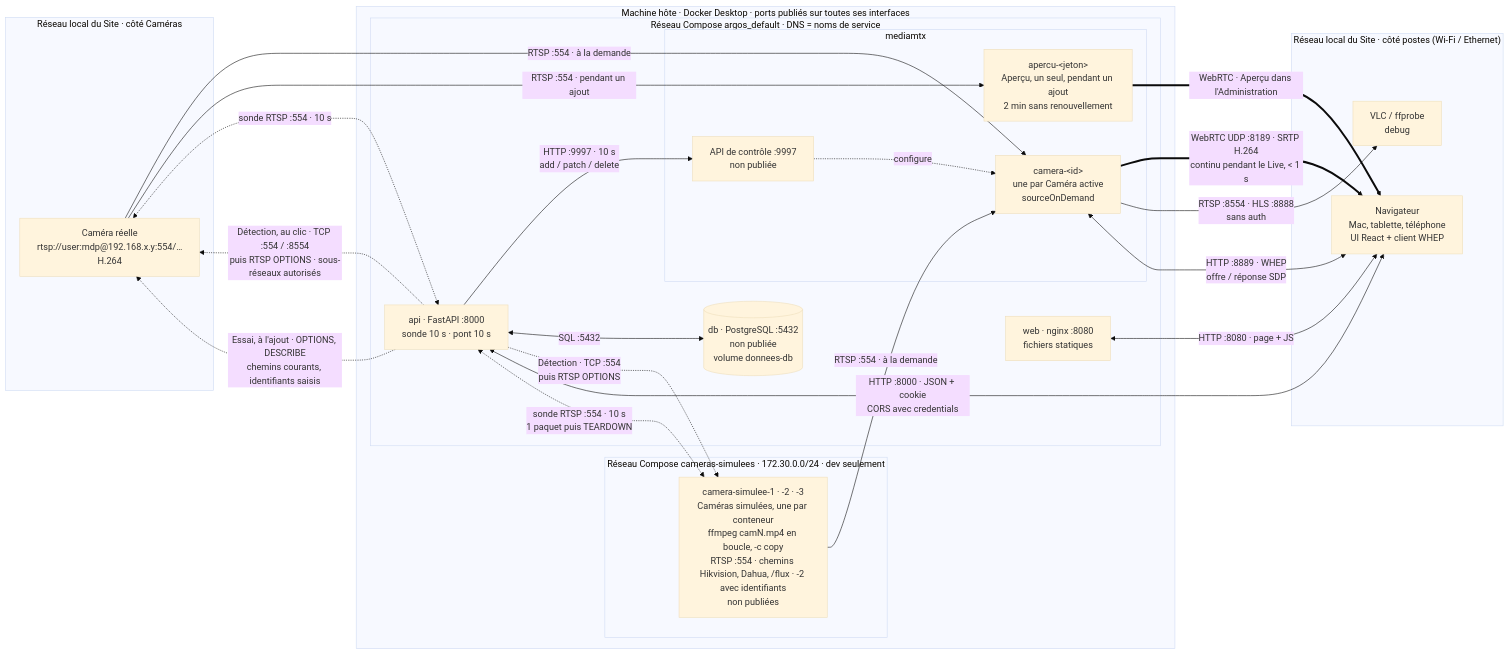
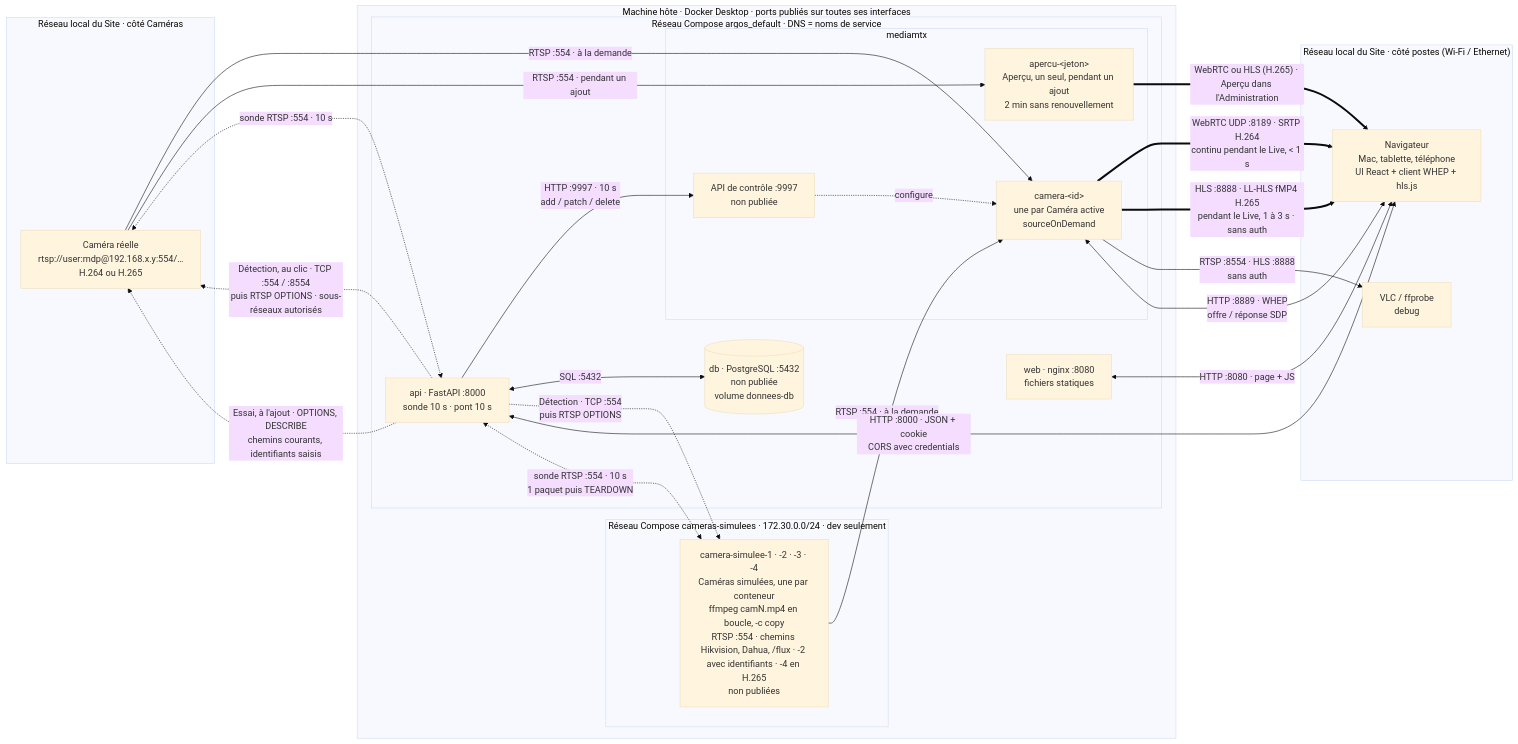
One commit to UlyssouLV/ArgOS changed the diagram in docs/dev/schema-flux.md. Above: the diagram before and after it, drawn with Mermaid (base theme). The commit also changed other lines of this file and 38 other files, not shown here.

First line of the commit message:
V0.5.0 — Lecture des Flux H.265 sans réencodage (#51)

````diff
--- a/docs/dev/schema-flux.md
+++ b/docs/dev/schema-flux.md
@@ -7,47 +7,48 @@
 ```mermaid
 flowchart LR
     subgraph LANC["Réseau local du Site · côté Caméras"]
-        CAMR["Caméra réelle<br/>rtsp://user:mdp@192.168.x.y:554/…<br/>H.264"]
+        CAMR["Caméra réelle<br/>rtsp://user:mdp@192.168.x.y:554/…<br/>H.264 ou H.265"]
     end
 
     subgraph HOTE["Machine hôte · Docker Desktop · ports publiés sur toutes ses interfaces"]
         subgraph SIMU["Réseau Compose cameras-simulees · 172.30.0.0/24 · dev seulement"]
-            SIM["camera-simulee-1 · -2 · -3<br/>Caméras simulées, une par conteneur<br/>ffmpeg camN.mp4 en boucle, -c copy<br/>RTSP :554 · chemins Hikvision, Dahua, /flux · -2 avec identifiants<br/>non publiées"]
+            SIM["camera-simulee-1 · -2 · -3 · -4<br/>Caméras simulées, une par conteneur<br/>ffmpeg camN.mp4 en boucle, -c copy<br/>RTSP :554 · chemins Hikvision, Dahua, /flux · -2 avec identifiants · -4 en H.265<br/>non publiées"]
         end
         subgraph COMPOSE["Réseau Compose argos_default · DNS = noms de service"]
             subgraph MTX["mediamtx"]
                 PONT["camera-&lt;id&gt;<br/>une par Caméra active<br/>sourceOnDemand"]
                 APERCU["apercu-&lt;jeton&gt;<br/>Aperçu, un seul, pendant un ajout<br/>2 min sans renouvellement"]
                 CTRL["API de contrôle :9997<br/>non publiée"]
             end
             API["api · FastAPI :8000<br/>sonde 10 s · pont 10 s"]
             DB[("db · PostgreSQL :5432<br/>non publiée<br/>volume donnees-db")]
             WEB["web · nginx :8080<br/>fichiers statiques"]
         end
     end
 
     subgraph LANP["Réseau local du Site · côté postes (Wi-Fi / Ethernet)"]
-        NAV["Navigateur<br/>Mac, tablette, téléphone<br/>UI React + client WHEP"]
+        NAV["Navigateur<br/>Mac, tablette, téléphone<br/>UI React + client WHEP + hls.js"]
         VLC["VLC / ffprobe<br/>debug"]
     end
 
     SIM -- "RTSP :554 · à la demande" --> PONT
     CAMR -- "RTSP :554 · à la demande" --> PONT
     CAMR -- "RTSP :554 · pendant un ajout" --> APERCU
-    APERCU == "WebRTC · Aperçu dans l'Administration" ==> NAV
+    APERCU == "WebRTC ou HLS (H.265) · Aperçu dans l'Administration" ==> NAV
     PONT == "WebRTC UDP :8189 · SRTP H.264<br/>continu pendant le Live, < 1 s" ==> NAV
+    PONT == "HLS :8888 · LL-HLS fMP4 H.265<br/>pendant le Live, 1 à 3 s · sans auth" ==> NAV
     PONT -- "RTSP :8554 · HLS :8888<br/>sans auth" --> VLC
 
     CAMR <-. "sonde RTSP :554 · 10 s" .-> API
     SIM <-. "sonde RTSP :554 · 10 s<br/>1 paquet puis TEARDOWN" .-> API
     API -- "HTTP :9997 · 10 s<br/>add / patch / delete" --> CTRL
     CTRL -. configure .-> PONT
     API <-- "SQL :5432" --> DB
     API -. "Détection, au clic · TCP :554 / :8554<br/>puis RTSP OPTIONS · sous-réseaux autorisés" .-> CAMR
     API -. "Détection · TCP :554<br/>puis RTSP OPTIONS" .-> SIM
     API -. "Essai, à l'ajout · OPTIONS, DESCRIBE<br/>chemins courants, identifiants saisis" .-> CAMR
 
     PONT <-- "HTTP :8889 · WHEP<br/>offre / réponse SDP" --> NAV
     API <-- "HTTP :8000 · JSON + cookie<br/>CORS avec credentials" --> NAV
     WEB <-- "HTTP :8080 · page + JS" --> NAV
 ```
````
